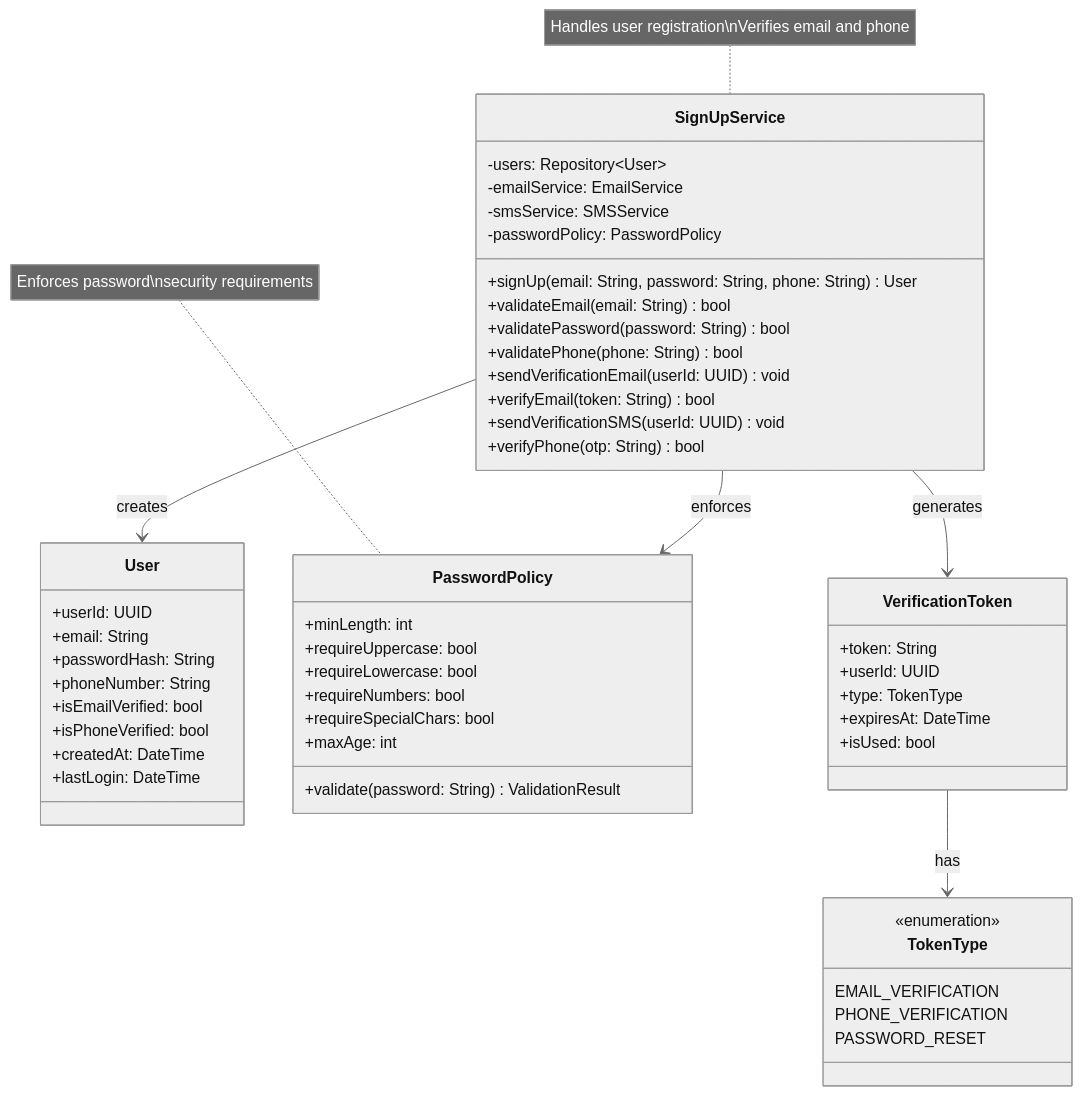
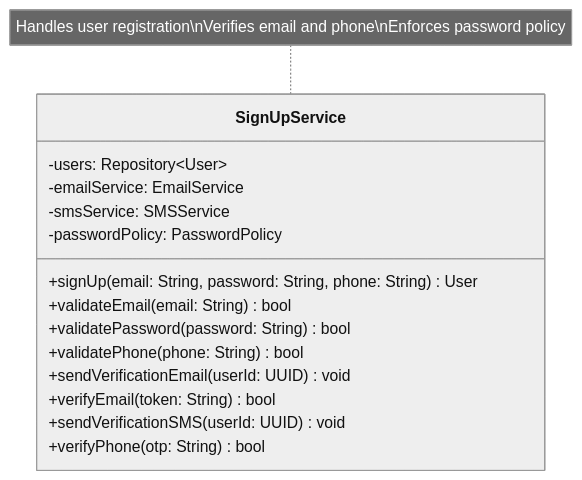
One commit to mj010101/swe_25f changed diagram 12 of 18 in diagrams/business_class_diagram.md. Above: the diagram before and after it, drawn with Mermaid (neutral theme). The commit also changed other lines of this file, not shown here.

Commit message:
fix: business class diagram

````diff
--- a/diagrams/business_class_diagram.md
+++ b/diagrams/business_class_diagram.md
@@ -857,63 +402,21 @@
 ```mermaid
 classDiagram
     direction TB
 
     class SignUpService {
         -users: Repository~User~
         -emailService: EmailService
         -smsService: SMSService
         -passwordPolicy: PasswordPolicy
         +signUp(email: String, password: String, phone: String) User
         +validateEmail(email: String) bool
         +validatePassword(password: String) bool
         +validatePhone(phone: String) bool
         +sendVerificationEmail(userId: UUID) void
         +verifyEmail(token: String) bool
         +sendVerificationSMS(userId: UUID) void
         +verifyPhone(otp: String) bool
     }
 
-    class User {
-        +userId: UUID
-        +email: String
-        +passwordHash: String
-        +phoneNumber: String
-        +isEmailVerified: bool
-        +isPhoneVerified: bool
-        +createdAt: DateTime
-        +lastLogin: DateTime
-    }
-
-    class PasswordPolicy {
-        +minLength: int
-        +requireUppercase: bool
-        +requireLowercase: bool
-        +requireNumbers: bool
-        +requireSpecialChars: bool
-        +maxAge: int
-        +validate(password: String) ValidationResult
-    }
-
-    class VerificationToken {
-        +token: String
-        +userId: UUID
-        +type: TokenType
-        +expiresAt: DateTime
-        +isUsed: bool
-    }
-
-    class TokenType {
-        <<enumeration>>
-        EMAIL_VERIFICATION
-        PHONE_VERIFICATION
-        PASSWORD_RESET
-    }
-
-    SignUpService --> User : creates
-    SignUpService --> PasswordPolicy : enforces
-    SignUpService --> VerificationToken : generates
-    VerificationToken --> TokenType : has
-
-    note for SignUpService "Handles user registration\nVerifies email and phone"
-    note for PasswordPolicy "Enforces password\nsecurity requirements"
+    note for SignUpService "Handles user registration\nVerifies email and phone\nEnforces password policy"
 ```
````
